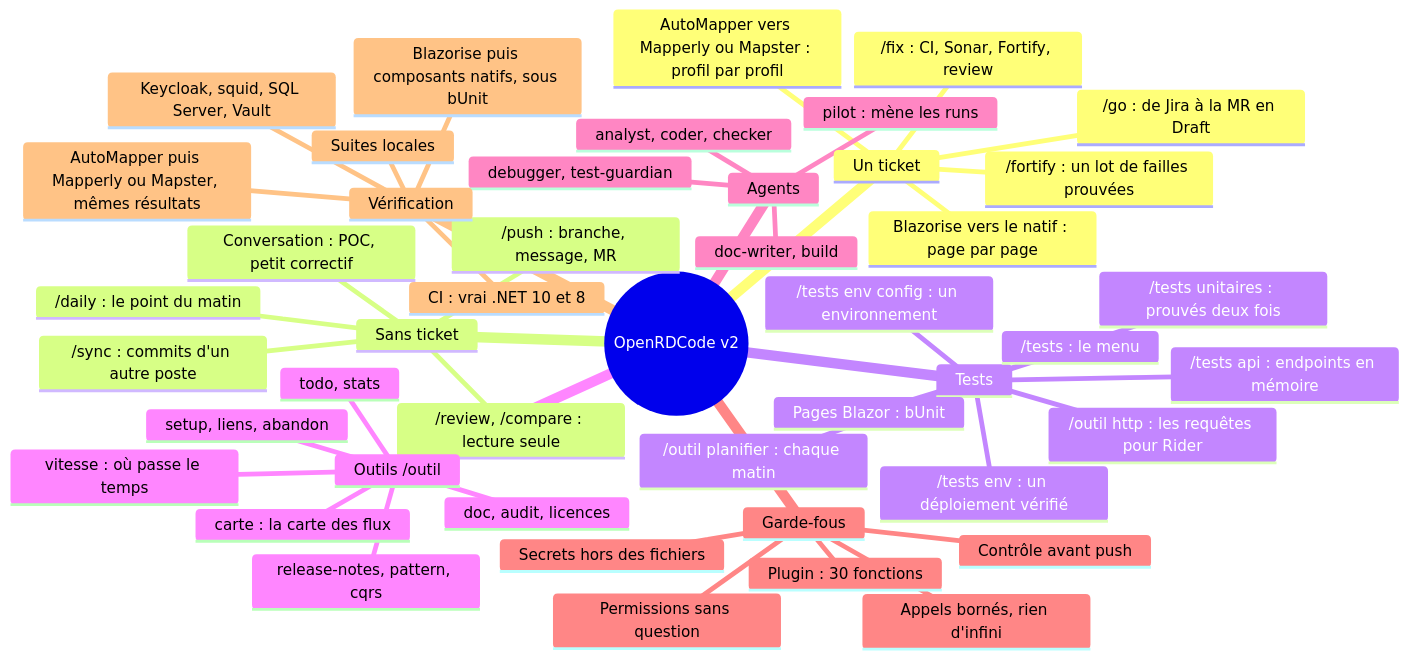
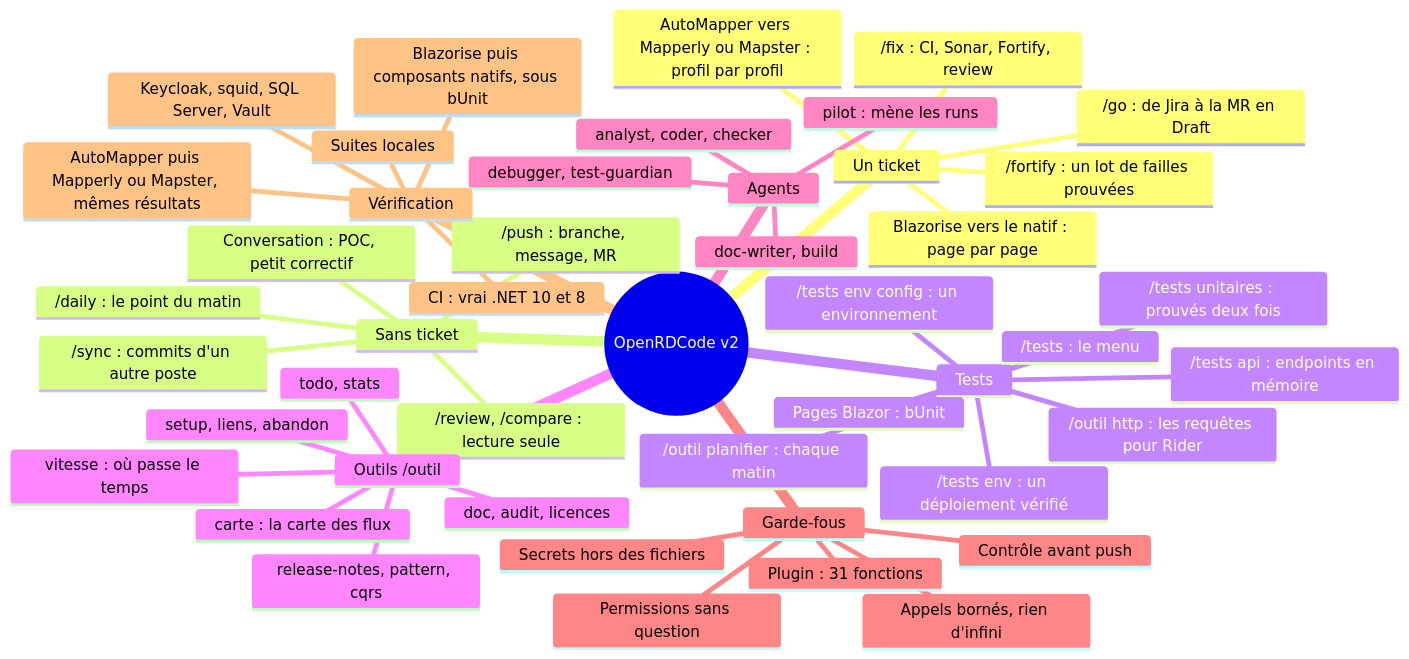
One commit to RabieDerouiche/OpenRDCode changed the second of 8 diagrams in opencode-v2/README.md. Above: the diagram before and after it, drawn with Mermaid. The commit also changed other lines of this file and 39 other files, not shown here.

````diff
--- a/opencode-v2/README.md
+++ b/opencode-v2/README.md
@@ -95,49 +95,49 @@
 ```mermaid
 mindmap
   root((OpenRDCode v2))
     Un ticket
       /go : de Jira à la MR en Draft
       /fix : CI, Sonar, Fortify, review
       /fortify : un lot de failles prouvées
       Blazorise vers le natif : page par page
       AutoMapper vers Mapperly ou Mapster : profil par profil
     Sans ticket
       Conversation : POC, petit correctif
       /push : branche, message, MR
       /sync : commits d'un autre poste
       /daily : le point du matin
       /review, /compare : lecture seule
     Tests
       /tests : le menu
       /tests unitaires : prouvés deux fois
       Pages Blazor : bUnit
       /tests api : endpoints en mémoire
       /tests env config : un environnement
       /tests env : un déploiement vérifié
       /outil http : les requêtes pour Rider
       /outil planifier : chaque matin
     Outils /outil
       doc, audit, licences
       release-notes, pattern, cqrs
       setup, liens, abandon
       todo, stats
       carte : la carte des flux
       vitesse : où passe le temps
     Agents
       pilot : mène les runs
       analyst, coder, checker
       debugger, test-guardian
       doc-writer, build
     Garde-fous
-      Plugin : 30 fonctions
+      Plugin : 31 fonctions
       Appels bornés, rien d'infini
       Permissions sans question
       Contrôle avant push
       Secrets hors des fichiers
     Vérification
       Suites locales
       CI : vrai .NET 10 et 8
       Keycloak, squid, SQL Server, Vault
       Blazorise puis composants natifs, sous bUnit
       AutoMapper puis Mapperly ou Mapster, mêmes résultats
 ```
````
